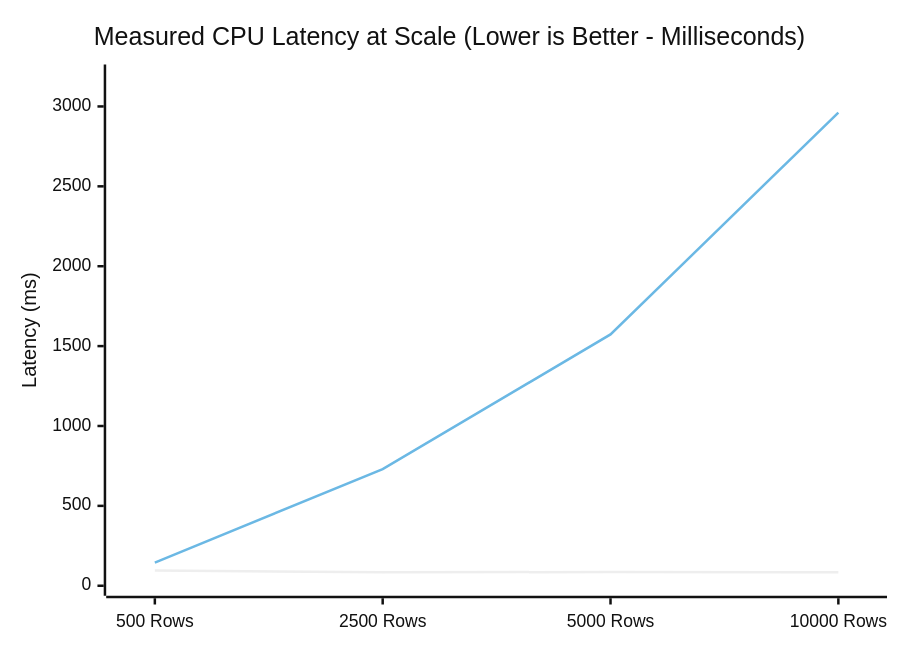
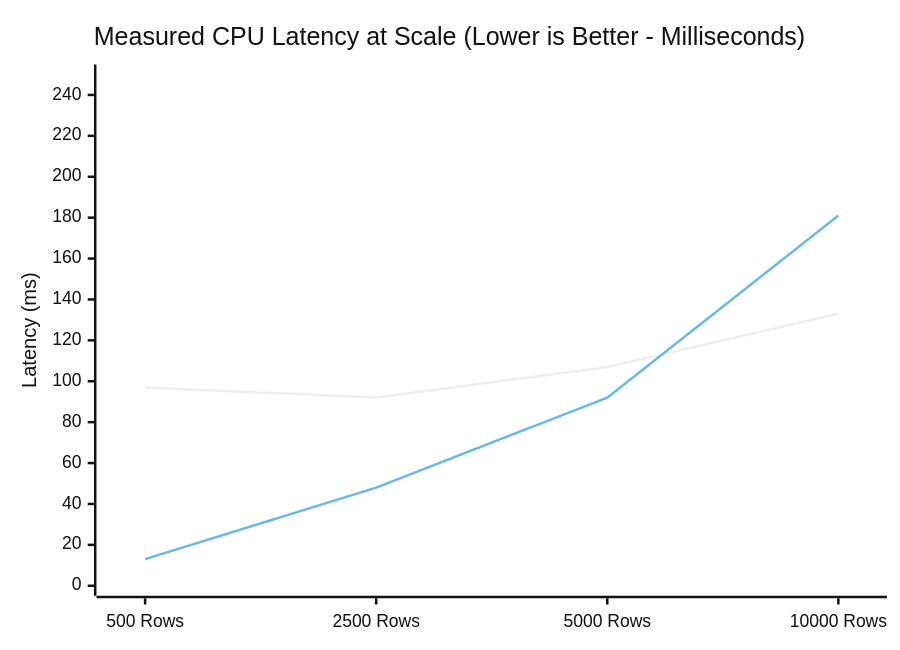
Before and after one commit to Khprateek/mangrove: the fourth of 4 diagrams in pitch/PRESENTATION_SLIDES_DECK.md, drawn with Mermaid (neutral theme). The commit also changed other lines of this file and 5 other files, not shown here.

````diff
--- a/pitch/PRESENTATION_SLIDES_DECK.md
+++ b/pitch/PRESENTATION_SLIDES_DECK.md
@@ -172,8 +345,15 @@
 ```mermaid
+
 xychart-beta
+
     title "Measured CPU Latency at Scale (Lower is Better - Milliseconds)"
+
     x-axis ["500 Rows", "2500 Rows", "5000 Rows", "10000 Rows"]
-    y-axis "Latency (ms)" 0 --> 3200
-    line [95, 84, 86, 84]
-    line [145, 730, 1573, 2961]
+
+    y-axis "Latency (ms)" 0 --> 250
+
+    line [97, 92, 107, 133]
+
+    line [13, 48, 92, 181]
+
 ```
````
